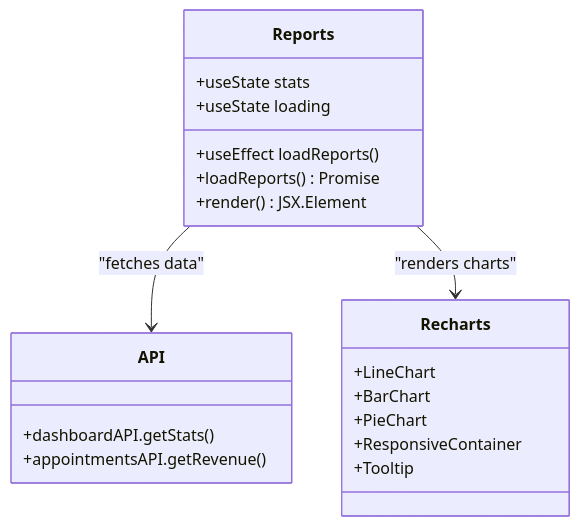
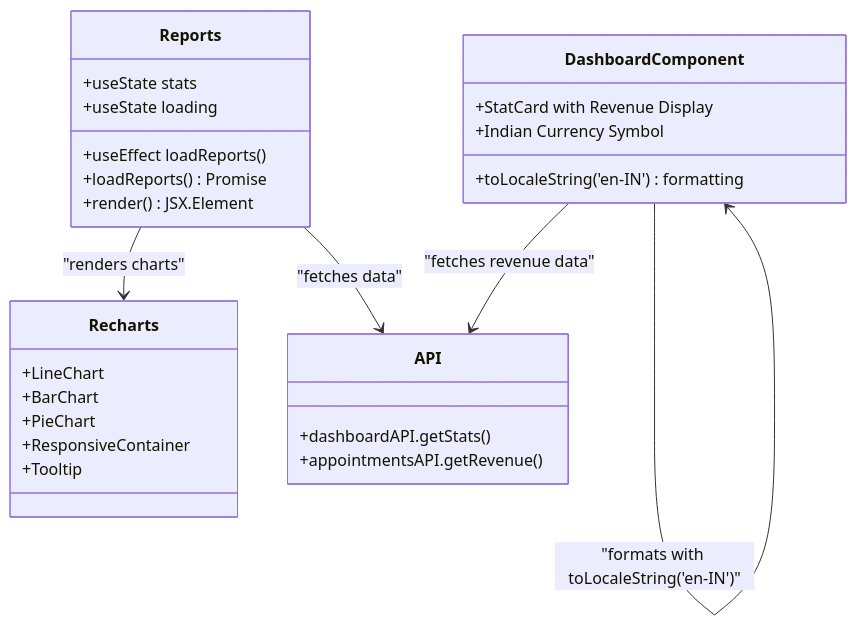
The third of 7 diagrams in .qoder/repowiki/en/content/Frontend Component Architecture/Reports Component.md (kasliwalsarthak7972/smart-healthcare-dashboard), drawn with Mermaid before and after one commit. The commit also changed other lines of this file and 7 other files, not shown here.

````diff
--- a/.qoder/repowiki/en/content/Frontend Component Architecture/Reports Component.md
+++ b/.qoder/repowiki/en/content/Frontend Component Architecture/Reports Component.md
@@ -159,23 +151,30 @@
 ```mermaid
 classDiagram
 class Reports {
 +useState stats
 +useState loading
 +useEffect loadReports()
 +loadReports() Promise
 +render() JSX.Element
+}
+class DashboardComponent {
++StatCard with Revenue Display
++toLocaleString('en-IN') formatting
++Indian Currency Symbol
 }
 class Recharts {
 +LineChart
 +BarChart
 +PieChart
 +ResponsiveContainer
 +Tooltip
 }
 class API {
 +dashboardAPI.getStats()
 +appointmentsAPI.getRevenue()
 }
 Reports --> API : "fetches data"
 Reports --> Recharts : "renders charts"
+DashboardComponent --> API : "fetches revenue data"
+DashboardComponent --> DashboardComponent : "formats with toLocaleString('en-IN')"
 ```
````
